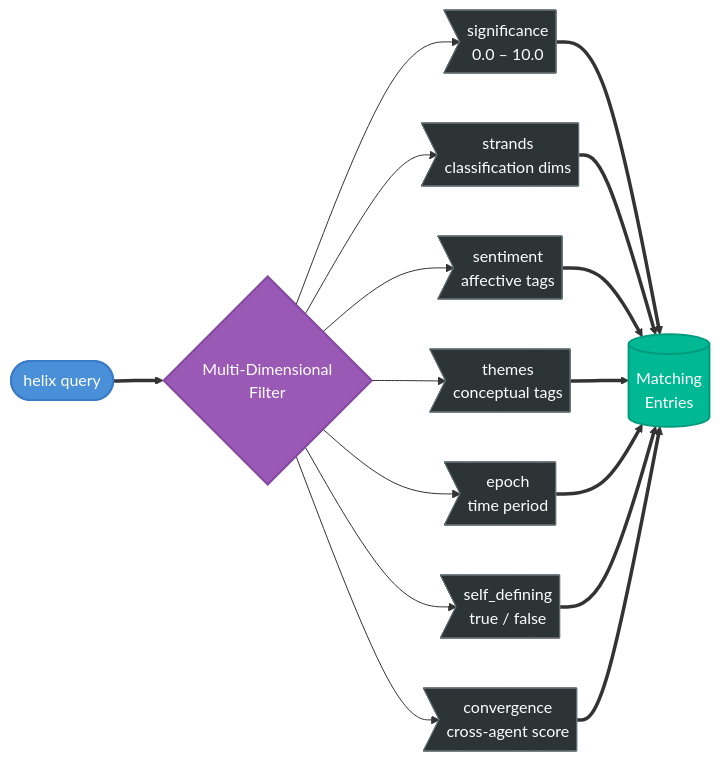
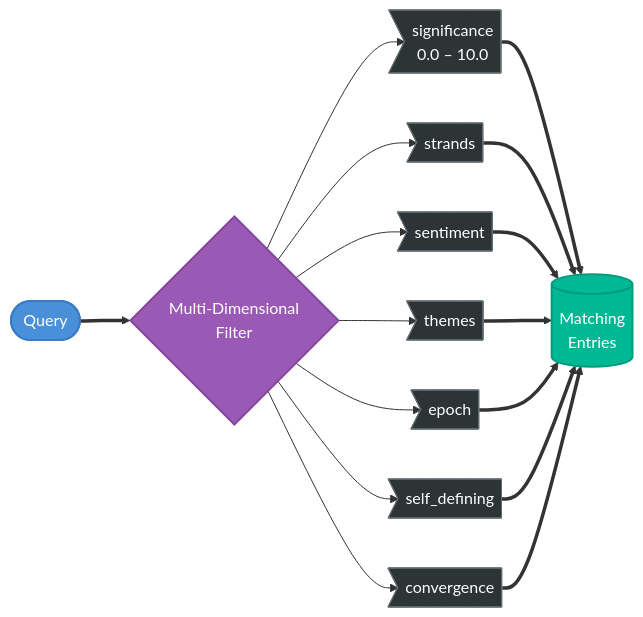
Before and after one commit to theLightArchitect/SOUL: the second of 2 diagrams in README.md, drawn with Mermaid. The commit also changed other lines of this file, not shown here.

Commit message:
Encapsulate architecture — remove internal component names

````diff
--- a/README.md
+++ b/README.md
@@ -81,24 +77,24 @@
 ```mermaid
 flowchart LR
-    Q([helix query]) ==> F{"Multi-Dimensional<br/>Filter"}
+    Q([Query]) ==> F{"Multi-Dimensional<br/>Filter"}
 
     F --> SIG>"significance<br/>0.0 – 10.0"]
-    F --> STR>"strands<br/>classification dims"]
-    F --> EMO>"sentiment<br/>affective tags"]
-    F --> THM>"themes<br/>conceptual tags"]
-    F --> EPO>"epoch<br/>time period"]
-    F --> SD>"self_defining<br/>true / false"]
-    F --> CON>"convergence<br/>cross-agent score"]
+    F --> STR>"strands"]
+    F --> EMO>"sentiment"]
+    F --> THM>"themes"]
+    F --> EPO>"epoch"]
+    F --> SD>"self_defining"]
+    F --> CON>"convergence"]
 
     SIG & STR & EMO & THM & EPO & SD & CON ==> R[("Matching<br/>Entries")]
 
     classDef query fill:#4a90d9,color:#fff,stroke:#3a7bc8,stroke-width:2px
     classDef filter fill:#9b59b6,color:#fff,stroke:#8448a0,stroke-width:2px
     classDef dim fill:#2d3436,color:#fff,stroke:#636e72,stroke-width:1px
     classDef result fill:#00b894,color:#fff,stroke:#009a7d,stroke-width:2px
 
     class Q query
     class F filter
     class SIG,STR,EMO,THM,EPO,SD,CON dim
     class R result
 ```
````
